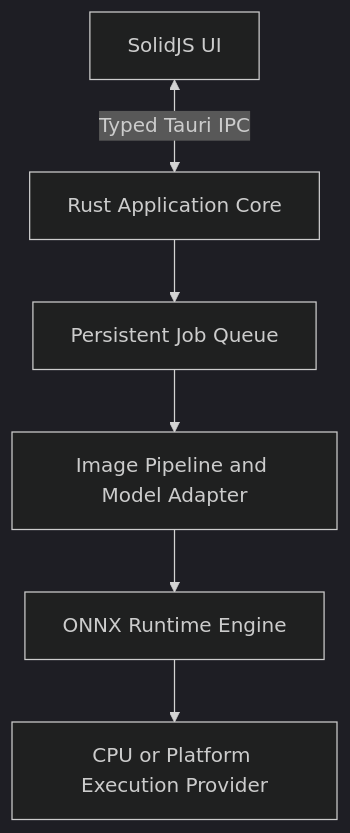
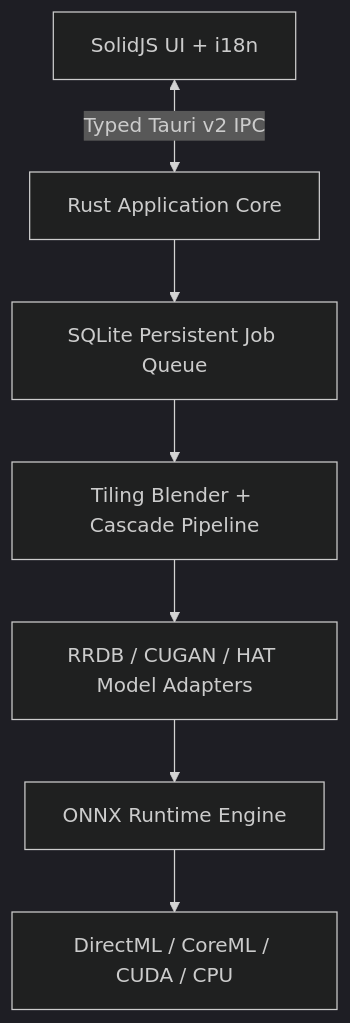
Before and after one commit to BerryUIKI/resvera: the diagram in README.md, drawn with Mermaid (dark theme). The commit also changed other lines of this file and 4 other files, not shown here.

Commit message:
docs, ci: complete Milestone 4 with cross-platform CI matrix, security model, user guide, and production documentation

````diff
--- a/README.md
+++ b/README.md
@@ -30,15 +39,17 @@
 ```mermaid
 flowchart TD
-    UI[SolidJS UI]
+    UI[SolidJS UI + i18n]
     Core[Rust Application Core]
-    Queue[Persistent Job Queue]
-    Pipeline[Image Pipeline and Model Adapter]
+    Queue[SQLite Persistent Job Queue]
+    Pipeline[Tiling Blender + Cascade Pipeline]
+    Adapter[RRDB / CUGAN / HAT Model Adapters]
     Engine[ONNX Runtime Engine]
-    Provider[CPU or Platform Execution Provider]
+    Provider[DirectML / CoreML / CUDA / CPU]
 
-    UI <-->|Typed Tauri IPC| Core
+    UI <-->|Typed Tauri v2 IPC| Core
     Core --> Queue
     Queue --> Pipeline
-    Pipeline --> Engine
+    Pipeline --> Adapter
+    Adapter --> Engine
     Engine --> Provider
 ```
````
